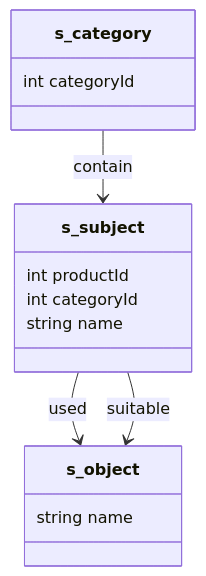
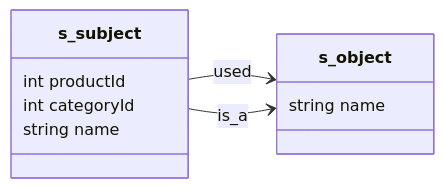
The first of 2 diagrams in content/posts/nebula.md (eye-gu/eye-gu.github.io), drawn with Mermaid before and after one commit. The commit also changed other lines of this file, not shown here.

````diff
--- a/content/posts/nebula.md
+++ b/content/posts/nebula.md
@@ -101,19 +98,14 @@
 ```mermaid
 classDiagram
-		class s_category {
-			int categoryId
-		}
+		direction LR
 		class s_subject {
 			int productId
 			int categoryId
 			string name
 		}
 		class s_object {
 			string name
 		}
-    s_category --> s_subject : contain
     s_subject --> s_object: used
-    s_subject --> s_object: suitable
-
-
+    s_subject --> s_object: is_a
 ```
````
